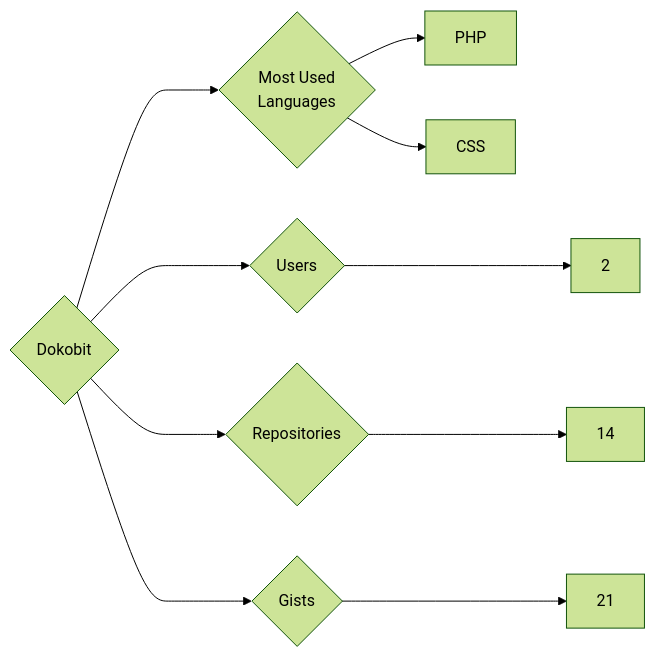
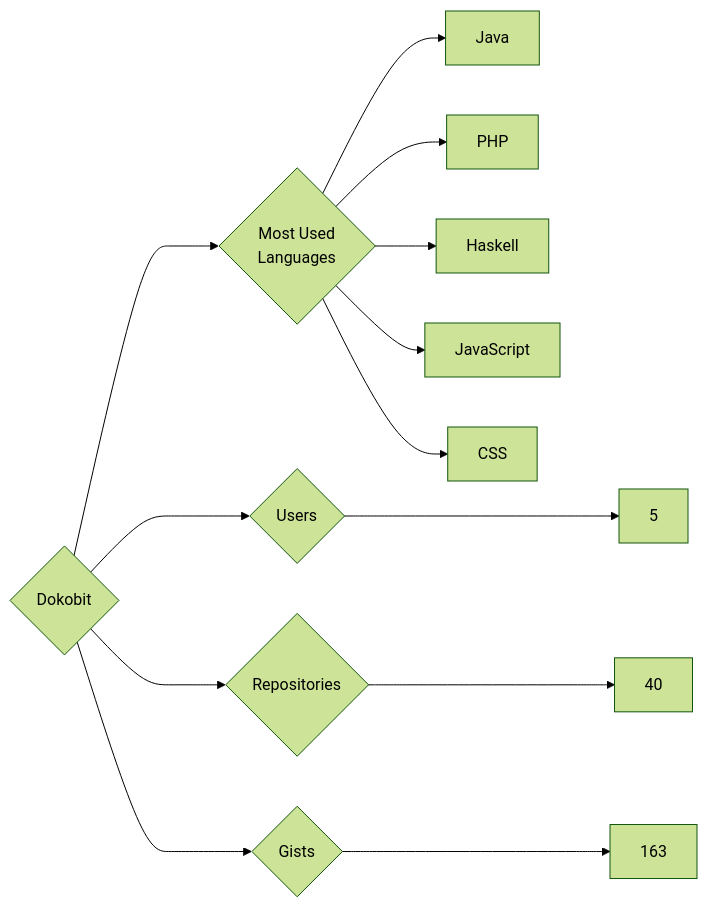
One commit to trickest/insiders changed the diagram in targets/Dokobit/README.md. Above: the diagram before and after it, drawn with Mermaid (forest theme). The commit also changed 984 other files, not shown here.

````diff
--- a/targets/Dokobit/README.md
+++ b/targets/Dokobit/README.md
@@ -3,10 +3,13 @@
 ```mermaid
 graph LR
 COMPANY_NAME{Dokobit}
-COMPANY_NAME ---> U{Users} ---> UN[2]
-COMPANY_NAME ---> R{Repositories} ---> RN[14]
-COMPANY_NAME ---> G{Gists} ---> GN[21]
+COMPANY_NAME ---> U{Users} ---> UN[5]
+COMPANY_NAME ---> R{Repositories} ---> RN[40]
+COMPANY_NAME ---> G{Gists} ---> GN[163]
 COMPANY_NAME ---> ML{Most Used<br>Languages}
+ML --> Java[Java]
 ML --> PHP[PHP]
+ML --> Haskell[Haskell]
+ML --> JavaScript[JavaScript]
 ML --> CSS[CSS]
 ```
````
